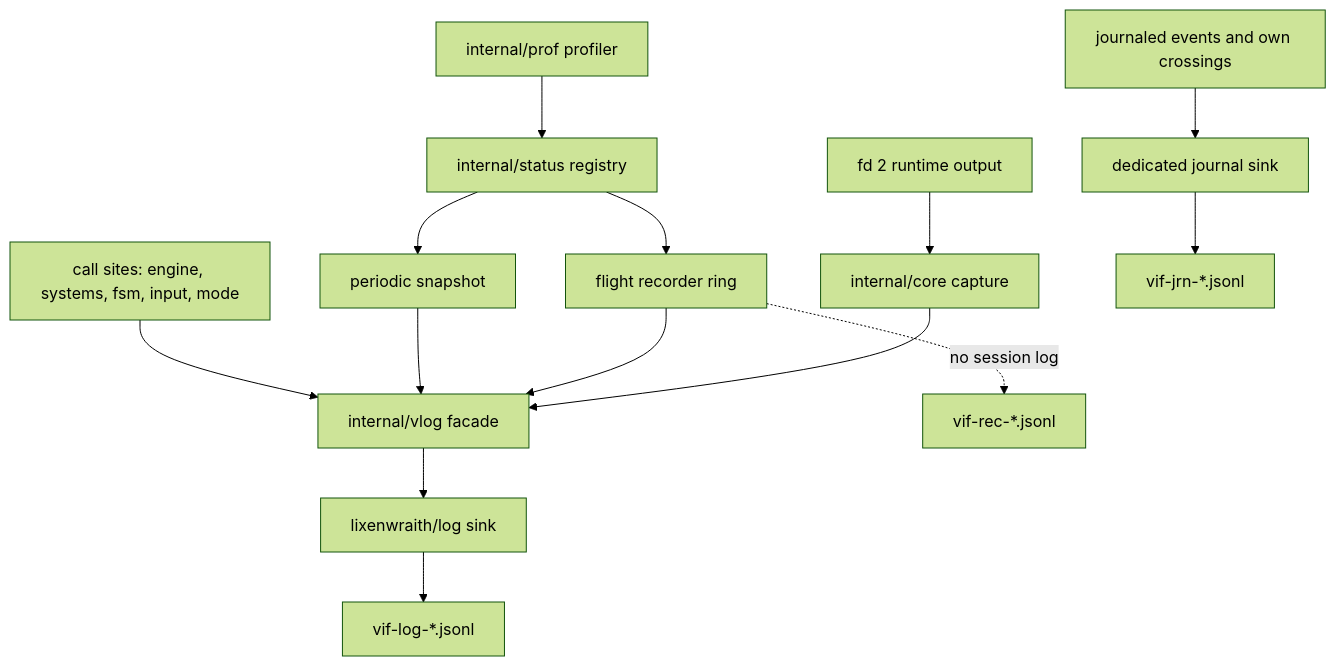
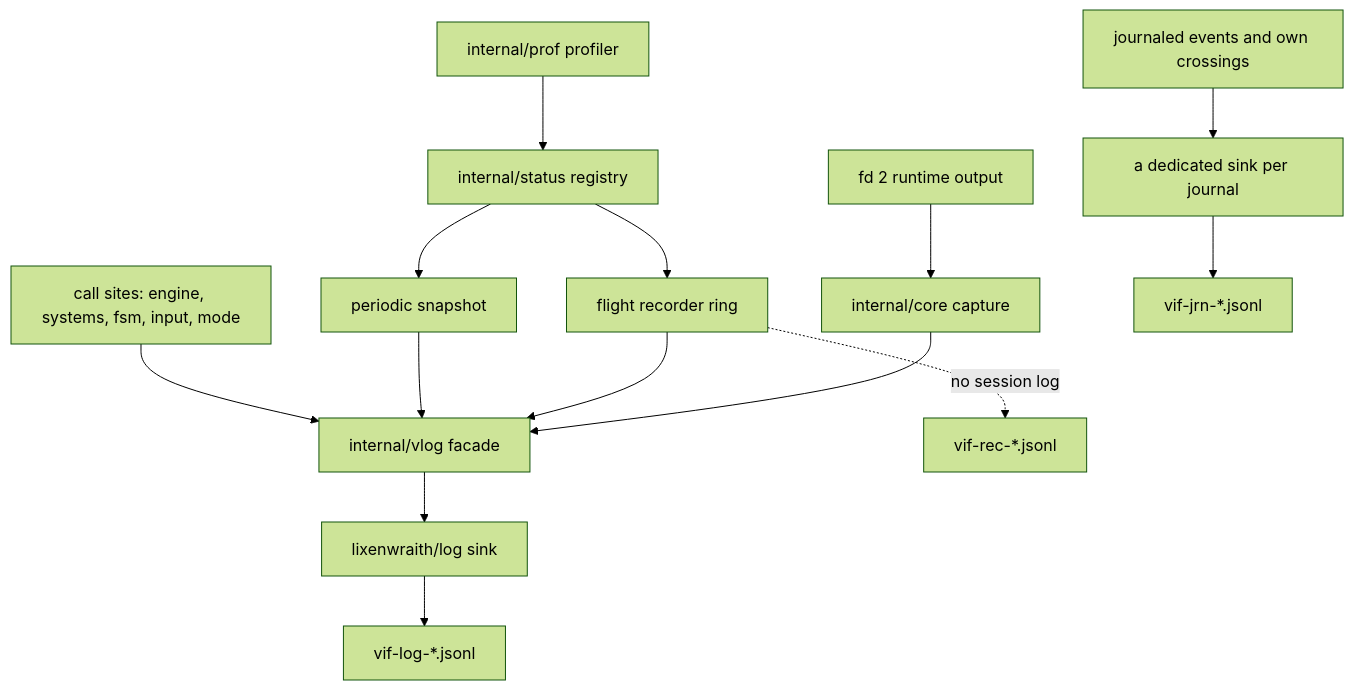
One commit to lixenwraith/vif changed the diagram in doc/logging-and-diagnostics.md. Above: the diagram before and after it, drawn with Mermaid (forest theme). The commit also changed other lines of this file and 32 other files, not shown here.

````diff
--- a/doc/logging-and-diagnostics.md
+++ b/doc/logging-and-diagnostics.md
@@ -16,16 +16,16 @@
 ```mermaid
 flowchart TD
     Call["call sites: engine, systems, fsm, input, mode"] --> Vlog["internal/vlog facade"]
     Status["internal/status registry"] --> Snapshot["periodic snapshot"]
     Status --> Recorder["flight recorder ring"]
     Snapshot --> Vlog
     Recorder --> Vlog
     Stderr["fd 2 runtime output"] --> Capture["internal/core capture"]
     Capture --> Vlog
     Prof["internal/prof profiler"] --> Status
     Vlog --> Sink["lixenwraith/log sink"]
     Sink --> File["vif-log-*.jsonl"]
     Recorder -.no session log.-> Side["vif-rec-*.jsonl"]
-    Journal["journaled events and own crossings"] --> JSink["dedicated journal sink"]
+    Journal["journaled events and own crossings"] --> JSink["a dedicated sink per journal"]
     JSink --> JFile["vif-jrn-*.jsonl"]
 ```
````
